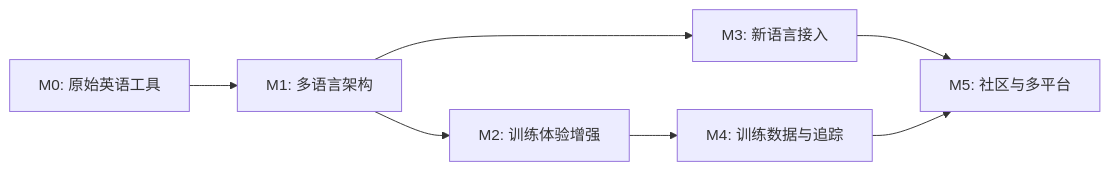
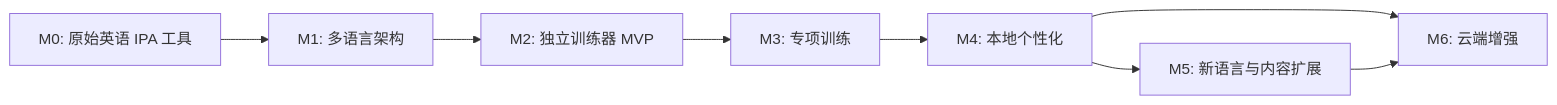
One commit to ichthyoplanktonzyh/PhoneticMaster changed the diagram in .planning/ROADMAP.md. Above: the diagram before and after it, drawn with Mermaid. The commit also changed other lines of this file and 14 other files, not shown here.

Commit message:
docs: reframe roadmap around standalone trainer

````diff
--- a/.planning/ROADMAP.md
+++ b/.planning/ROADMAP.md
@@ -30,9 +40,10 @@
 ```mermaid
 graph LR
-    M0[M0: 原始英语工具] --> M1[M1: 多语言架构]
-    M1 --> M2[M2: 训练体验增强]
-    M1 --> M3[M3: 新语言接入]
-    M2 --> M4[M4: 训练数据与追踪]
-    M3 --> M5[M5: 社区与多平台]
-    M4 --> M5
+    M0["M0: 原始英语 IPA 工具"] --> M1["M1: 多语言架构"]
+    M1 --> M2["M2: 独立训练器 MVP"]
+    M2 --> M3["M3: 专项训练"]
+    M3 --> M4["M4: 本地个性化"]
+    M4 --> M5["M5: 新语言与内容扩展"]
+    M4 --> M6["M6: 云端增强"]
+    M5 --> M6
 ```
````
